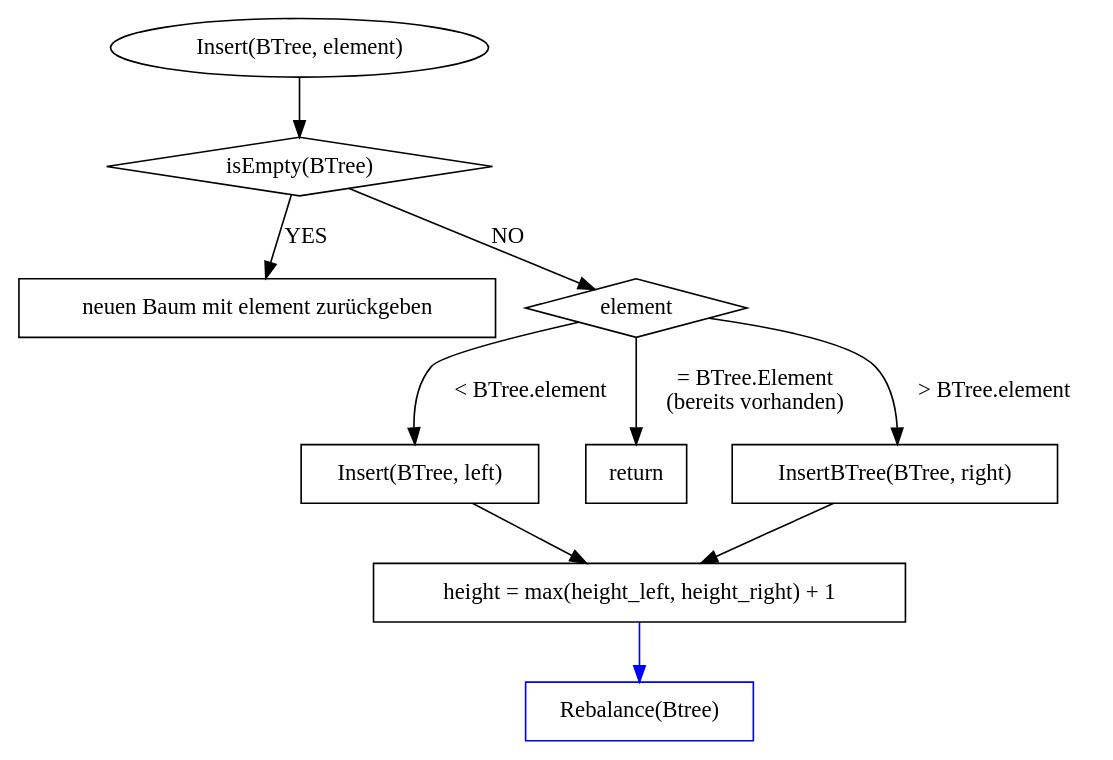
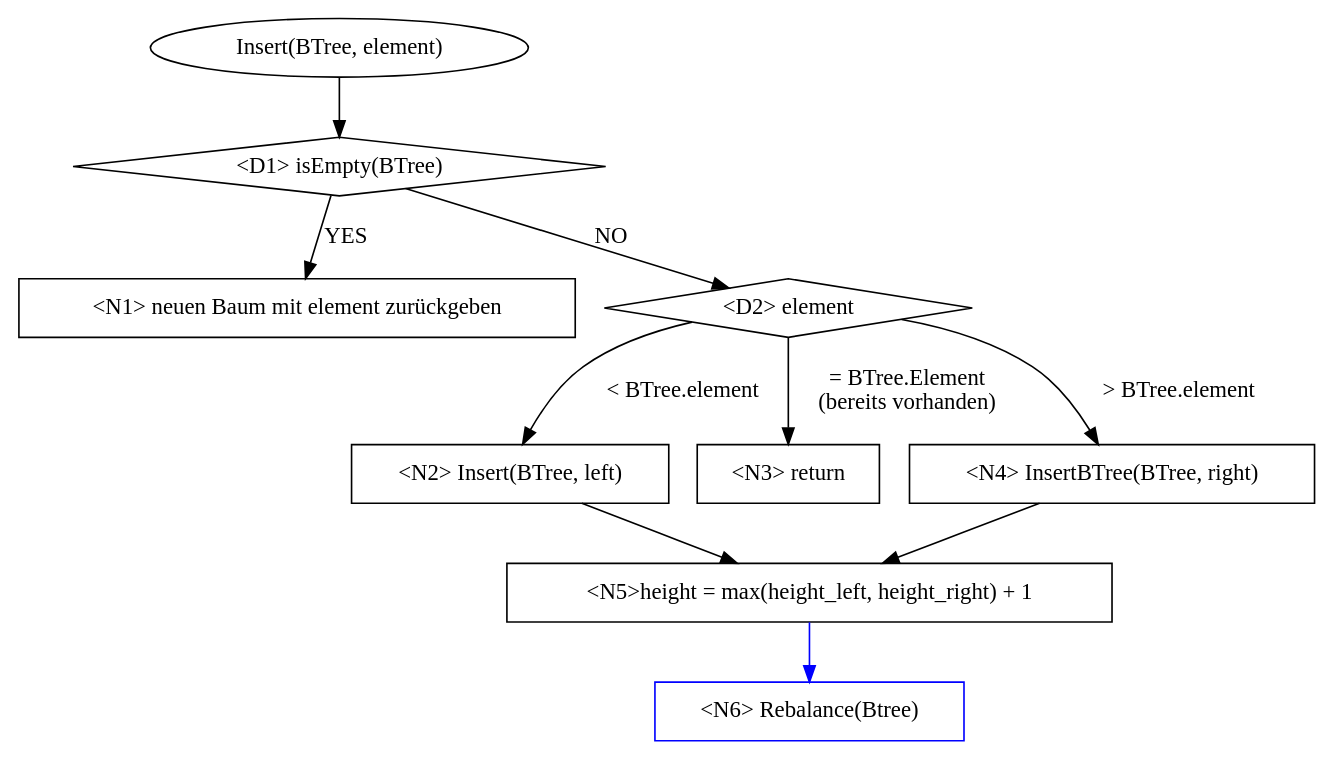
One commit to hugoppp-uni/Hausarbeit-Algorithmen-und-Datenstrukturen changed the diagram in doc/graphviz/insert.gv. Above: the diagram before and after it, drawn with Graphviz. The commit also changed 7 other files, not shown here.

```diff
--- a/doc/graphviz/insert.gv
+++ b/doc/graphviz/insert.gv
@@ -1,25 +1,25 @@
 digraph Q {
 
     node [shape = box];
     compound = true;
 
     a1 [label = "Insert(BTree, element)" shape = ellipse]
     a1 -> a2
-    a2 [label = "isEmpty(BTree)" shape = diamond]
+    a2 [label = "<D1> isEmpty(BTree)" shape = diamond]
     a2-> b2 [label = "YES"]
-    b2 [label = "neuen Baum mit element zurückgeben"]
+    b2 [label = "<N1> neuen Baum mit element zurückgeben"]
     a2 -> element [label = "NO"]
-    element [label = "element" shape = diamond]
+    element [label = "<D2> element" shape = diamond]
     element -> smaller [label = "< BTree.element"]
-    element -> "return" [label = " = BTree.Element\n (bereits vorhanden)"]
+    element -> "<N3> return" [label = " = BTree.Element\n (bereits vorhanden)"]
     element -> larger [label = "> BTree.element"]
-    smaller [label = "Insert(BTree, left)"]
-    larger [label = "InsertBTree(BTree, right)"]
+    smaller [label = "<N2> Insert(BTree, left)"]
+    larger [label = "<N4> InsertBTree(BTree, right)"]
 
-    checkBalance[ label= "Rebalance(Btree)" color = blue]
+    checkBalance[ label= "<N6> Rebalance(Btree)" color = blue]
 
     smaller -> checkReturn2
     larger -> checkReturn2
-    checkReturn2 [label = "height = max(height_left, height_right) + 1"]
+    checkReturn2 [label = "<N5>height = max(height_left, height_right) + 1"]
     checkReturn2 -> checkBalance [color = blue]
 }
```
